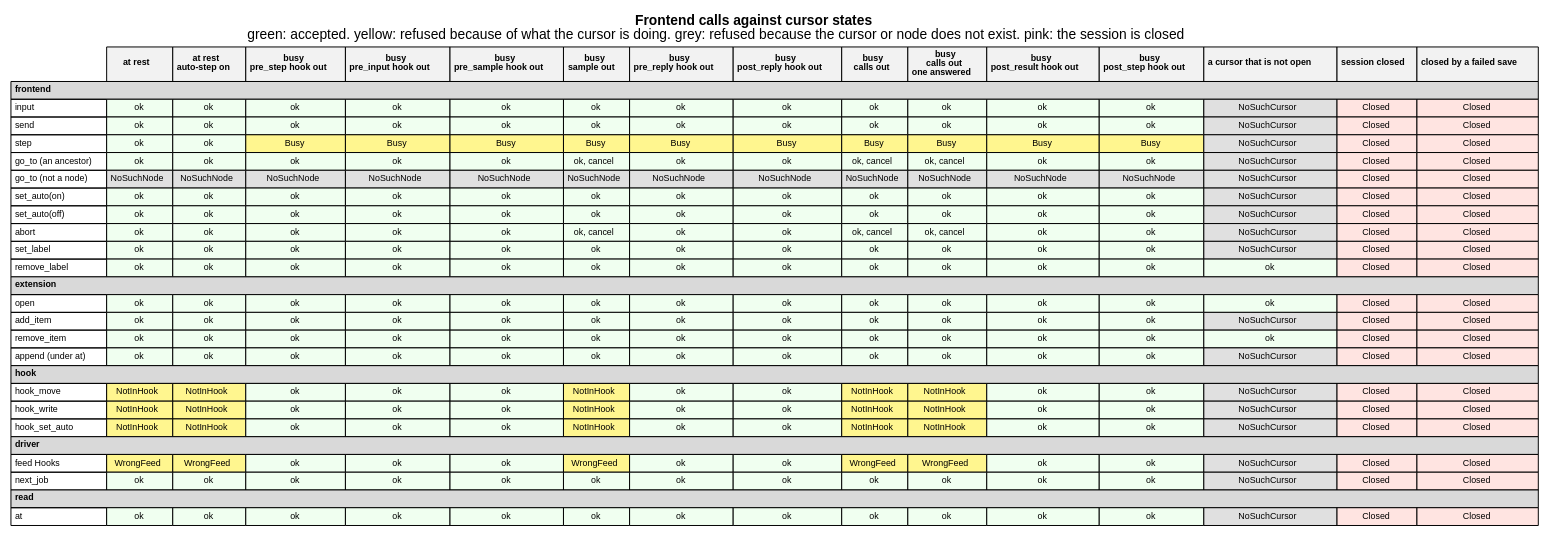
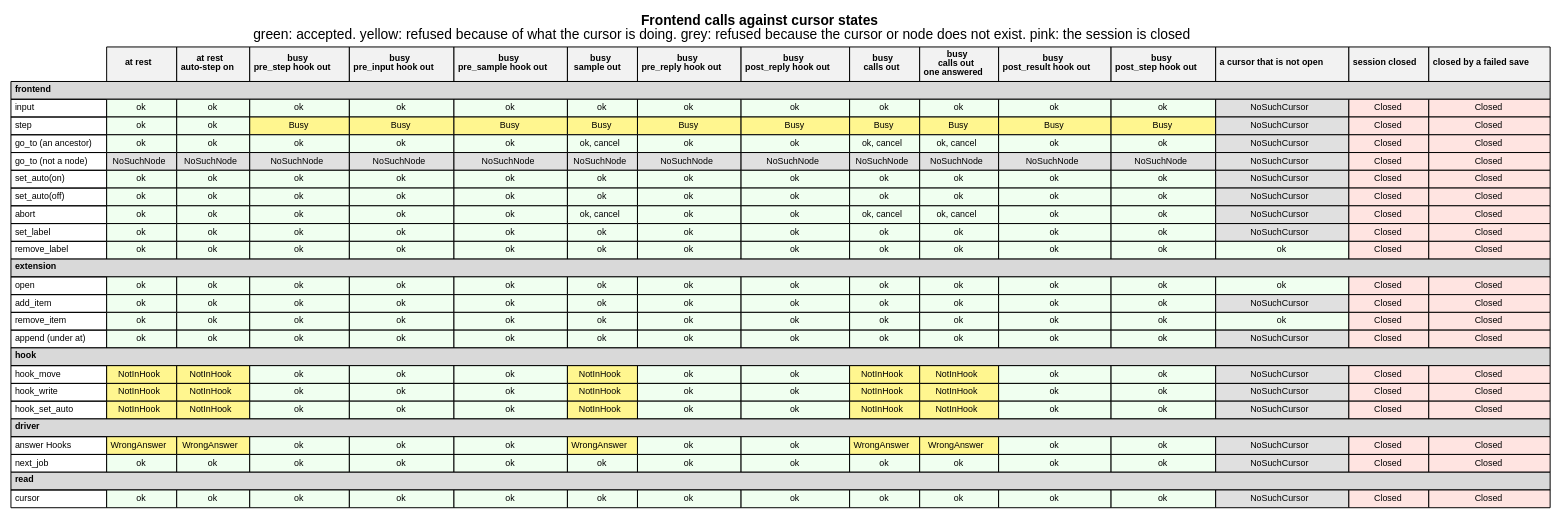
One commit to jmccardle/tau changed the diagram in docs/as-built/diagrams/frontend-refusals.dot. Above: the diagram before and after it, drawn with Graphviz. The commit also changed 56 other files, not shown here.

First line of the commit message:
Session by concept, rule 7 as a tripwire, feed renamed answer

```diff
--- a/docs/as-built/diagrams/frontend-refusals.dot
+++ b/docs/as-built/diagrams/frontend-refusals.dot
@@ -1,33 +1,32 @@
 // Generated by scripts/diagrams.sh. Do not edit.
 digraph refusals {
   graph [fontname="Helvetica", labelloc=t, label=<<b>Frontend calls against cursor states</b><br/>green: accepted. yellow: refused because of what the cursor is doing. grey: refused because the cursor or node does not exist. pink: the session is closed>];
   node [shape=plain, fontname="Helvetica", fontsize=9];
   t [label=<<table border="0" cellborder="1" cellspacing="0" cellpadding="3">
 <tr><td border="0"></td><td bgcolor="gray95"><b>at rest</b></td><td bgcolor="gray95"><b>at rest<br/>auto-step on</b></td><td bgcolor="gray95"><b>busy<br/>pre_step hook out</b></td><td bgcolor="gray95"><b>busy<br/>pre_input hook out</b></td><td bgcolor="gray95"><b>busy<br/>pre_sample hook out</b></td><td bgcolor="gray95"><b>busy<br/>sample out</b></td><td bgcolor="gray95"><b>busy<br/>pre_reply hook out</b></td><td bgcolor="gray95"><b>busy<br/>post_reply hook out</b></td><td bgcolor="gray95"><b>busy<br/>calls out</b></td><td bgcolor="gray95"><b>busy<br/>calls out<br/>one answered</b></td><td bgcolor="gray95"><b>busy<br/>post_result hook out</b></td><td bgcolor="gray95"><b>busy<br/>post_step hook out</b></td><td bgcolor="gray95"><b>a cursor that is not open</b></td><td bgcolor="gray95"><b>session closed</b></td><td bgcolor="gray95"><b>closed by a failed save</b></td></tr>
 <tr><td align="left" bgcolor="gray85" colspan="16"><b>frontend</b></td></tr>
 <tr><td align="left">input</td><td bgcolor="honeydew">ok</td><td bgcolor="honeydew">ok</td><td bgcolor="honeydew">ok</td><td bgcolor="honeydew">ok</td><td bgcolor="honeydew">ok</td><td bgcolor="honeydew">ok</td><td bgcolor="honeydew">ok</td><td bgcolor="honeydew">ok</td><td bgcolor="honeydew">ok</td><td bgcolor="honeydew">ok</td><td bgcolor="honeydew">ok</td><td bgcolor="honeydew">ok</td><td bgcolor="gray88">NoSuchCursor</td><td bgcolor="mistyrose">Closed</td><td bgcolor="mistyrose">Closed</td></tr>
-<tr><td align="left">send</td><td bgcolor="honeydew">ok</td><td bgcolor="honeydew">ok</td><td bgcolor="honeydew">ok</td><td bgcolor="honeydew">ok</td><td bgcolor="honeydew">ok</td><td bgcolor="honeydew">ok</td><td bgcolor="honeydew">ok</td><td bgcolor="honeydew">ok</td><td bgcolor="honeydew">ok</td><td bgcolor="honeydew">ok</td><td bgcolor="honeydew">ok</td><td bgcolor="honeydew">ok</td><td bgcolor="gray88">NoSuchCursor</td><td bgcolor="mistyrose">Closed</td><td bgcolor="mistyrose">Closed</td></tr>
 <tr><td align="left">step</td><td bgcolor="honeydew">ok</td><td bgcolor="honeydew">ok</td><td bgcolor="khaki1">Busy</td><td bgcolor="khaki1">Busy</td><td bgcolor="khaki1">Busy</td><td bgcolor="khaki1">Busy</td><td bgcolor="khaki1">Busy</td><td bgcolor="khaki1">Busy</td><td bgcolor="khaki1">Busy</td><td bgcolor="khaki1">Busy</td><td bgcolor="khaki1">Busy</td><td bgcolor="khaki1">Busy</td><td bgcolor="gray88">NoSuchCursor</td><td bgcolor="mistyrose">Closed</td><td bgcolor="mistyrose">Closed</td></tr>
 <tr><td align="left">go_to (an ancestor)</td><td bgcolor="honeydew">ok</td><td bgcolor="honeydew">ok</td><td bgcolor="honeydew">ok</td><td bgcolor="honeydew">ok</td><td bgcolor="honeydew">ok</td><td bgcolor="honeydew">ok, cancel</td><td bgcolor="honeydew">ok</td><td bgcolor="honeydew">ok</td><td bgcolor="honeydew">ok, cancel</td><td bgcolor="honeydew">ok, cancel</td><td bgcolor="honeydew">ok</td><td bgcolor="honeydew">ok</td><td bgcolor="gray88">NoSuchCursor</td><td bgcolor="mistyrose">Closed</td><td bgcolor="mistyrose">Closed</td></tr>
 <tr><td align="left">go_to (not a node)</td><td bgcolor="gray88">NoSuchNode</td><td bgcolor="gray88">NoSuchNode</td><td bgcolor="gray88">NoSuchNode</td><td bgcolor="gray88">NoSuchNode</td><td bgcolor="gray88">NoSuchNode</td><td bgcolor="gray88">NoSuchNode</td><td bgcolor="gray88">NoSuchNode</td><td bgcolor="gray88">NoSuchNode</td><td bgcolor="gray88">NoSuchNode</td><td bgcolor="gray88">NoSuchNode</td><td bgcolor="gray88">NoSuchNode</td><td bgcolor="gray88">NoSuchNode</td><td bgcolor="gray88">NoSuchCursor</td><td bgcolor="mistyrose">Closed</td><td bgcolor="mistyrose">Closed</td></tr>
 <tr><td align="left">set_auto(on)</td><td bgcolor="honeydew">ok</td><td bgcolor="honeydew">ok</td><td bgcolor="honeydew">ok</td><td bgcolor="honeydew">ok</td><td bgcolor="honeydew">ok</td><td bgcolor="honeydew">ok</td><td bgcolor="honeydew">ok</td><td bgcolor="honeydew">ok</td><td bgcolor="honeydew">ok</td><td bgcolor="honeydew">ok</td><td bgcolor="honeydew">ok</td><td bgcolor="honeydew">ok</td><td bgcolor="gray88">NoSuchCursor</td><td bgcolor="mistyrose">Closed</td><td bgcolor="mistyrose">Closed</td></tr>
 <tr><td align="left">set_auto(off)</td><td bgcolor="honeydew">ok</td><td bgcolor="honeydew">ok</td><td bgcolor="honeydew">ok</td><td bgcolor="honeydew">ok</td><td bgcolor="honeydew">ok</td><td bgcolor="honeydew">ok</td><td bgcolor="honeydew">ok</td><td bgcolor="honeydew">ok</td><td bgcolor="honeydew">ok</td><td bgcolor="honeydew">ok</td><td bgcolor="honeydew">ok</td><td bgcolor="honeydew">ok</td><td bgcolor="gray88">NoSuchCursor</td><td bgcolor="mistyrose">Closed</td><td bgcolor="mistyrose">Closed</td></tr>
 <tr><td align="left">abort</td><td bgcolor="honeydew">ok</td><td bgcolor="honeydew">ok</td><td bgcolor="honeydew">ok</td><td bgcolor="honeydew">ok</td><td bgcolor="honeydew">ok</td><td bgcolor="honeydew">ok, cancel</td><td bgcolor="honeydew">ok</td><td bgcolor="honeydew">ok</td><td bgcolor="honeydew">ok, cancel</td><td bgcolor="honeydew">ok, cancel</td><td bgcolor="honeydew">ok</td><td bgcolor="honeydew">ok</td><td bgcolor="gray88">NoSuchCursor</td><td bgcolor="mistyrose">Closed</td><td bgcolor="mistyrose">Closed</td></tr>
 <tr><td align="left">set_label</td><td bgcolor="honeydew">ok</td><td bgcolor="honeydew">ok</td><td bgcolor="honeydew">ok</td><td bgcolor="honeydew">ok</td><td bgcolor="honeydew">ok</td><td bgcolor="honeydew">ok</td><td bgcolor="honeydew">ok</td><td bgcolor="honeydew">ok</td><td bgcolor="honeydew">ok</td><td bgcolor="honeydew">ok</td><td bgcolor="honeydew">ok</td><td bgcolor="honeydew">ok</td><td bgcolor="gray88">NoSuchCursor</td><td bgcolor="mistyrose">Closed</td><td bgcolor="mistyrose">Closed</td></tr>
 <tr><td align="left">remove_label</td><td bgcolor="honeydew">ok</td><td bgcolor="honeydew">ok</td><td bgcolor="honeydew">ok</td><td bgcolor="honeydew">ok</td><td bgcolor="honeydew">ok</td><td bgcolor="honeydew">ok</td><td bgcolor="honeydew">ok</td><td bgcolor="honeydew">ok</td><td bgcolor="honeydew">ok</td><td bgcolor="honeydew">ok</td><td bgcolor="honeydew">ok</td><td bgcolor="honeydew">ok</td><td bgcolor="honeydew">ok</td><td bgcolor="mistyrose">Closed</td><td bgcolor="mistyrose">Closed</td></tr>
 <tr><td align="left" bgcolor="gray85" colspan="16"><b>extension</b></td></tr>
 <tr><td align="left">open</td><td bgcolor="honeydew">ok</td><td bgcolor="honeydew">ok</td><td bgcolor="honeydew">ok</td><td bgcolor="honeydew">ok</td><td bgcolor="honeydew">ok</td><td bgcolor="honeydew">ok</td><td bgcolor="honeydew">ok</td><td bgcolor="honeydew">ok</td><td bgcolor="honeydew">ok</td><td bgcolor="honeydew">ok</td><td bgcolor="honeydew">ok</td><td bgcolor="honeydew">ok</td><td bgcolor="honeydew">ok</td><td bgcolor="mistyrose">Closed</td><td bgcolor="mistyrose">Closed</td></tr>
 <tr><td align="left">add_item</td><td bgcolor="honeydew">ok</td><td bgcolor="honeydew">ok</td><td bgcolor="honeydew">ok</td><td bgcolor="honeydew">ok</td><td bgcolor="honeydew">ok</td><td bgcolor="honeydew">ok</td><td bgcolor="honeydew">ok</td><td bgcolor="honeydew">ok</td><td bgcolor="honeydew">ok</td><td bgcolor="honeydew">ok</td><td bgcolor="honeydew">ok</td><td bgcolor="honeydew">ok</td><td bgcolor="gray88">NoSuchCursor</td><td bgcolor="mistyrose">Closed</td><td bgcolor="mistyrose">Closed</td></tr>
 <tr><td align="left">remove_item</td><td bgcolor="honeydew">ok</td><td bgcolor="honeydew">ok</td><td bgcolor="honeydew">ok</td><td bgcolor="honeydew">ok</td><td bgcolor="honeydew">ok</td><td bgcolor="honeydew">ok</td><td bgcolor="honeydew">ok</td><td bgcolor="honeydew">ok</td><td bgcolor="honeydew">ok</td><td bgcolor="honeydew">ok</td><td bgcolor="honeydew">ok</td><td bgcolor="honeydew">ok</td><td bgcolor="honeydew">ok</td><td bgcolor="mistyrose">Closed</td><td bgcolor="mistyrose">Closed</td></tr>
 <tr><td align="left">append (under at)</td><td bgcolor="honeydew">ok</td><td bgcolor="honeydew">ok</td><td bgcolor="honeydew">ok</td><td bgcolor="honeydew">ok</td><td bgcolor="honeydew">ok</td><td bgcolor="honeydew">ok</td><td bgcolor="honeydew">ok</td><td bgcolor="honeydew">ok</td><td bgcolor="honeydew">ok</td><td bgcolor="honeydew">ok</td><td bgcolor="honeydew">ok</td><td bgcolor="honeydew">ok</td><td bgcolor="gray88">NoSuchCursor</td><td bgcolor="mistyrose">Closed</td><td bgcolor="mistyrose">Closed</td></tr>
 <tr><td align="left" bgcolor="gray85" colspan="16"><b>hook</b></td></tr>
 <tr><td align="left">hook_move</td><td bgcolor="khaki1">NotInHook</td><td bgcolor="khaki1">NotInHook</td><td bgcolor="honeydew">ok</td><td bgcolor="honeydew">ok</td><td bgcolor="honeydew">ok</td><td bgcolor="khaki1">NotInHook</td><td bgcolor="honeydew">ok</td><td bgcolor="honeydew">ok</td><td bgcolor="khaki1">NotInHook</td><td bgcolor="khaki1">NotInHook</td><td bgcolor="honeydew">ok</td><td bgcolor="honeydew">ok</td><td bgcolor="gray88">NoSuchCursor</td><td bgcolor="mistyrose">Closed</td><td bgcolor="mistyrose">Closed</td></tr>
 <tr><td align="left">hook_write</td><td bgcolor="khaki1">NotInHook</td><td bgcolor="khaki1">NotInHook</td><td bgcolor="honeydew">ok</td><td bgcolor="honeydew">ok</td><td bgcolor="honeydew">ok</td><td bgcolor="khaki1">NotInHook</td><td bgcolor="honeydew">ok</td><td bgcolor="honeydew">ok</td><td bgcolor="khaki1">NotInHook</td><td bgcolor="khaki1">NotInHook</td><td bgcolor="honeydew">ok</td><td bgcolor="honeydew">ok</td><td bgcolor="gray88">NoSuchCursor</td><td bgcolor="mistyrose">Closed</td><td bgcolor="mistyrose">Closed</td></tr>
 <tr><td align="left">hook_set_auto</td><td bgcolor="khaki1">NotInHook</td><td bgcolor="khaki1">NotInHook</td><td bgcolor="honeydew">ok</td><td bgcolor="honeydew">ok</td><td bgcolor="honeydew">ok</td><td bgcolor="khaki1">NotInHook</td><td bgcolor="honeydew">ok</td><td bgcolor="honeydew">ok</td><td bgcolor="khaki1">NotInHook</td><td bgcolor="khaki1">NotInHook</td><td bgcolor="honeydew">ok</td><td bgcolor="honeydew">ok</td><td bgcolor="gray88">NoSuchCursor</td><td bgcolor="mistyrose">Closed</td><td bgcolor="mistyrose">Closed</td></tr>
 <tr><td align="left" bgcolor="gray85" colspan="16"><b>driver</b></td></tr>
-<tr><td align="left">feed Hooks</td><td bgcolor="khaki1">WrongFeed</td><td bgcolor="khaki1">WrongFeed</td><td bgcolor="honeydew">ok</td><td bgcolor="honeydew">ok</td><td bgcolor="honeydew">ok</td><td bgcolor="khaki1">WrongFeed</td><td bgcolor="honeydew">ok</td><td bgcolor="honeydew">ok</td><td bgcolor="khaki1">WrongFeed</td><td bgcolor="khaki1">WrongFeed</td><td bgcolor="honeydew">ok</td><td bgcolor="honeydew">ok</td><td bgcolor="gray88">NoSuchCursor</td><td bgcolor="mistyrose">Closed</td><td bgcolor="mistyrose">Closed</td></tr>
+<tr><td align="left">answer Hooks</td><td bgcolor="khaki1">WrongAnswer</td><td bgcolor="khaki1">WrongAnswer</td><td bgcolor="honeydew">ok</td><td bgcolor="honeydew">ok</td><td bgcolor="honeydew">ok</td><td bgcolor="khaki1">WrongAnswer</td><td bgcolor="honeydew">ok</td><td bgcolor="honeydew">ok</td><td bgcolor="khaki1">WrongAnswer</td><td bgcolor="khaki1">WrongAnswer</td><td bgcolor="honeydew">ok</td><td bgcolor="honeydew">ok</td><td bgcolor="gray88">NoSuchCursor</td><td bgcolor="mistyrose">Closed</td><td bgcolor="mistyrose">Closed</td></tr>
 <tr><td align="left">next_job</td><td bgcolor="honeydew">ok</td><td bgcolor="honeydew">ok</td><td bgcolor="honeydew">ok</td><td bgcolor="honeydew">ok</td><td bgcolor="honeydew">ok</td><td bgcolor="honeydew">ok</td><td bgcolor="honeydew">ok</td><td bgcolor="honeydew">ok</td><td bgcolor="honeydew">ok</td><td bgcolor="honeydew">ok</td><td bgcolor="honeydew">ok</td><td bgcolor="honeydew">ok</td><td bgcolor="gray88">NoSuchCursor</td><td bgcolor="mistyrose">Closed</td><td bgcolor="mistyrose">Closed</td></tr>
 <tr><td align="left" bgcolor="gray85" colspan="16"><b>read</b></td></tr>
-<tr><td align="left">at</td><td bgcolor="honeydew">ok</td><td bgcolor="honeydew">ok</td><td bgcolor="honeydew">ok</td><td bgcolor="honeydew">ok</td><td bgcolor="honeydew">ok</td><td bgcolor="honeydew">ok</td><td bgcolor="honeydew">ok</td><td bgcolor="honeydew">ok</td><td bgcolor="honeydew">ok</td><td bgcolor="honeydew">ok</td><td bgcolor="honeydew">ok</td><td bgcolor="honeydew">ok</td><td bgcolor="gray88">NoSuchCursor</td><td bgcolor="mistyrose">Closed</td><td bgcolor="mistyrose">Closed</td></tr>
+<tr><td align="left">cursor</td><td bgcolor="honeydew">ok</td><td bgcolor="honeydew">ok</td><td bgcolor="honeydew">ok</td><td bgcolor="honeydew">ok</td><td bgcolor="honeydew">ok</td><td bgcolor="honeydew">ok</td><td bgcolor="honeydew">ok</td><td bgcolor="honeydew">ok</td><td bgcolor="honeydew">ok</td><td bgcolor="honeydew">ok</td><td bgcolor="honeydew">ok</td><td bgcolor="honeydew">ok</td><td bgcolor="gray88">NoSuchCursor</td><td bgcolor="mistyrose">Closed</td><td bgcolor="mistyrose">Closed</td></tr>
 </table>>];
 }
```
